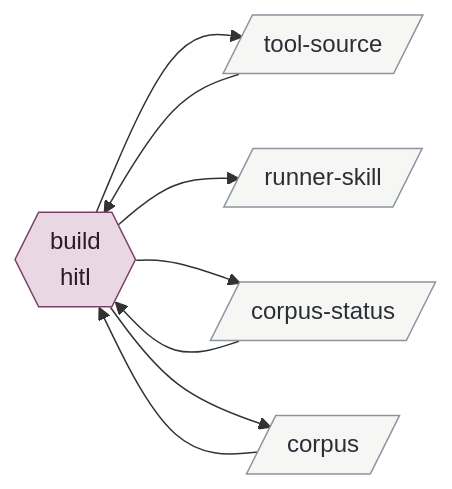
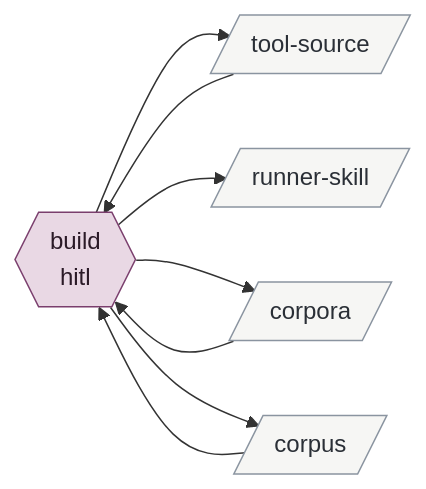
Diagram 13 of 15 in .claude/skills/v3-buildout-2/map.md (bc414/StoryPlanner), drawn with Mermaid before and after one commit. The commit also changed other lines of this file and 38 other files, not shown here.

````diff
--- a/.claude/skills/v3-buildout-2/map.md
+++ b/.claude/skills/v3-buildout-2/map.md
@@ -589,22 +589,22 @@
 ```mermaid
 flowchart LR
   classDef hitl fill:#e9d8e4,stroke:#7a3e6d,color:#2b1a27
   classDef session fill:#dce6f0,stroke:#3b5b7c,color:#14202c
   classDef agent fill:#f5e6c8,stroke:#b7791f,color:#3a2a08
   classDef artifact fill:#f6f6f4,stroke:#8a94a0,color:#2a2f36
   classDef activity fill:#dcebdd,stroke:#4b7f52,color:#122816
   classDef terminus fill:#e4e4ea,stroke:#5b5b7a,color:#1c1c2c
   build{{"build<br/>hitl"}}:::hitl
+  corpora[/"corpora"/]:::artifact
   corpus[/"corpus"/]:::artifact
-  corpusstatus[/"corpus-status"/]:::artifact
   runnerskill[/"runner-skill"/]:::artifact
   toolsource[/"tool-source"/]:::artifact
 
-  corpusstatus --> build
+  corpora --> build
   toolsource --> build
   corpus --> build
   build --> toolsource
   build --> runnerskill
-  build --> corpusstatus
+  build --> corpora
   build --> corpus
 ```
````
